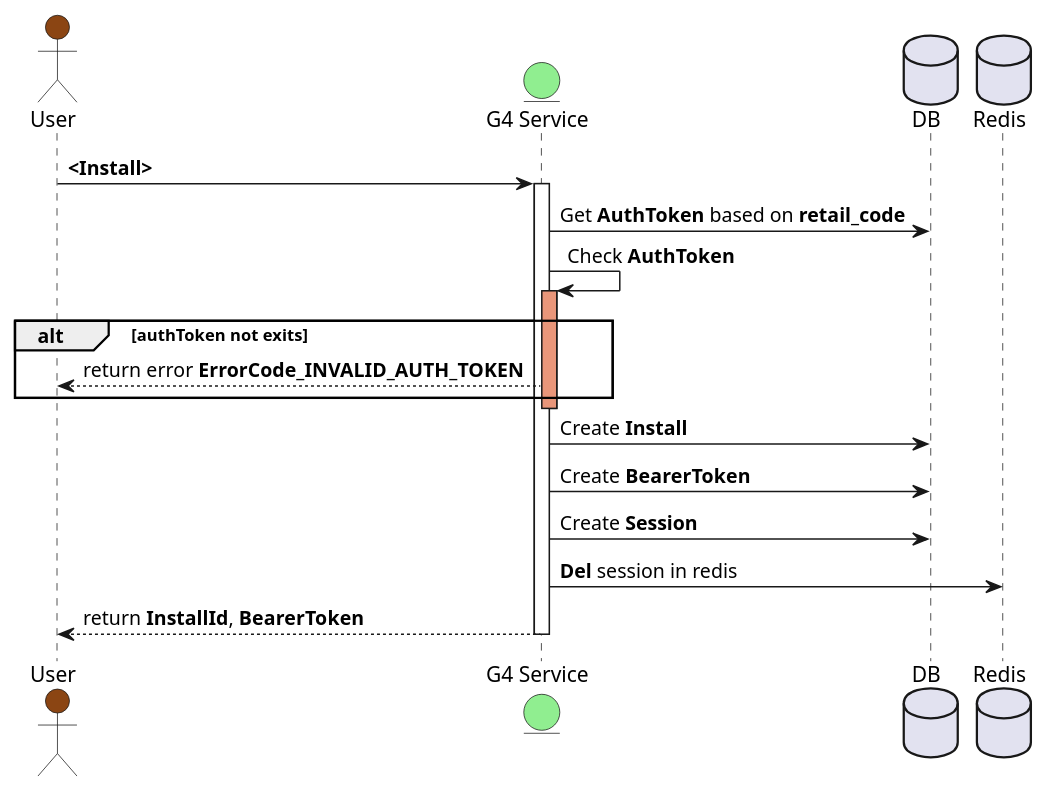
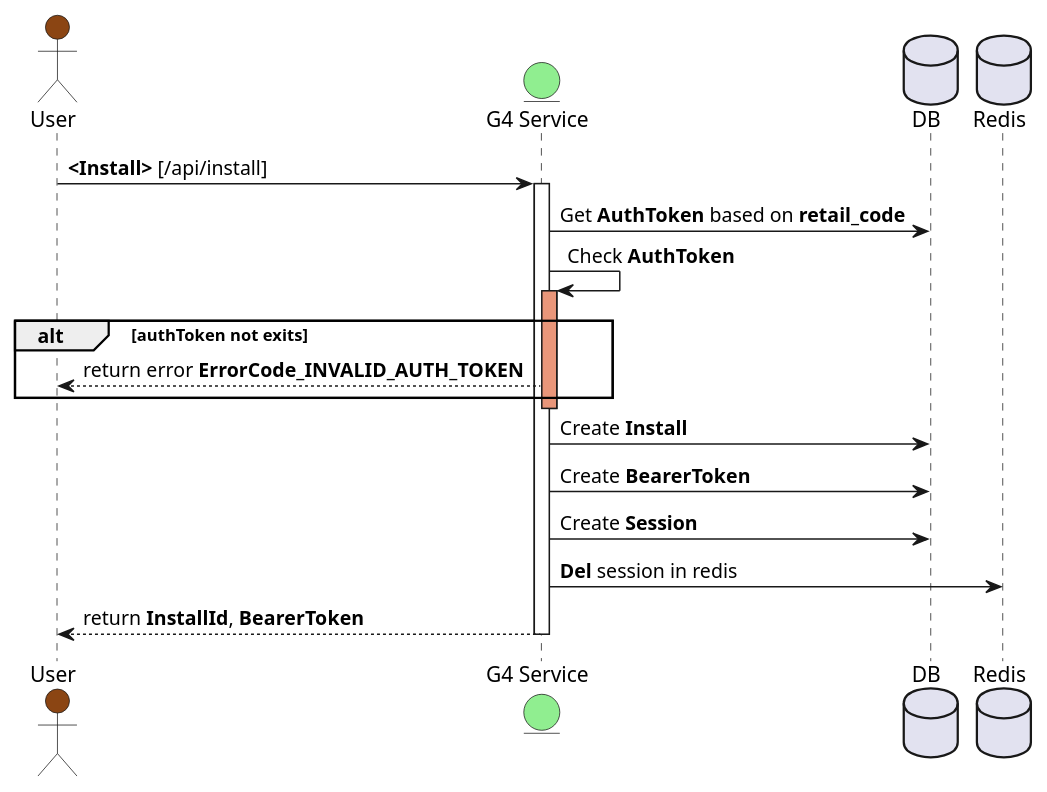
Before and after one commit to tinhtn-3406/shopimo-docs: the second of 6 diagrams in g4-api/ow/g4-api-app_common.md, drawn with PlantUML. The commit also changed other lines of this file and 4 other files, not shown here.

Commit message:
flow console

````diff
--- a/g4-api/ow/g4-api-app_common.md
+++ b/g4-api/ow/g4-api-app_common.md
@@ -36,24 +36,24 @@
 ```plantuml
 actor "User" as user #SaddleBrown
 entity "G4 Service" as g4 #lightGreen
 database "DB" as db
 database "Redis" as redis
 
-user -> g4: **<Install>**
+user -> g4: **<Install>** [/api/install]
 activate g4
 g4 -> db: Get **AuthToken** based on **retail_code**
 
 g4 -> g4: Check **AuthToken**
 activate g4 #DarkSalmon
 alt authToken not exits
   g4 --> user: return error **ErrorCode_INVALID_AUTH_TOKEN**
 end
 deactivate g4
 
 g4 -> db: Create **Install**
 g4 -> db: Create **BearerToken**
 g4 -> db: Create **Session**
 g4 -> redis: **Del** session in redis
 g4 --> user: return **InstallId**, **BearerToken**
 deactivate g4
 ```
````
